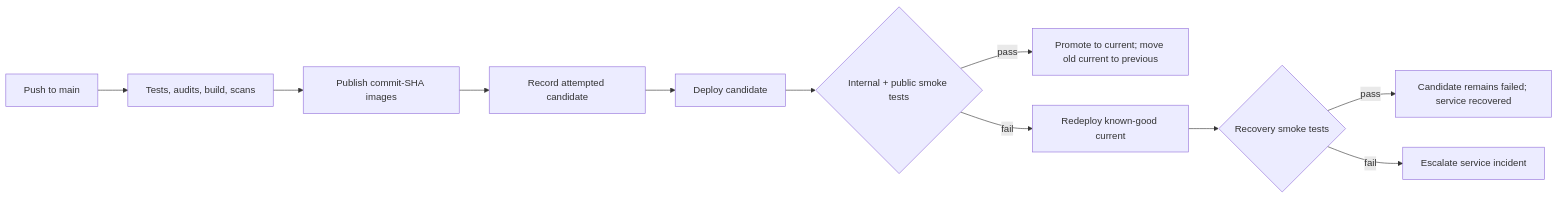
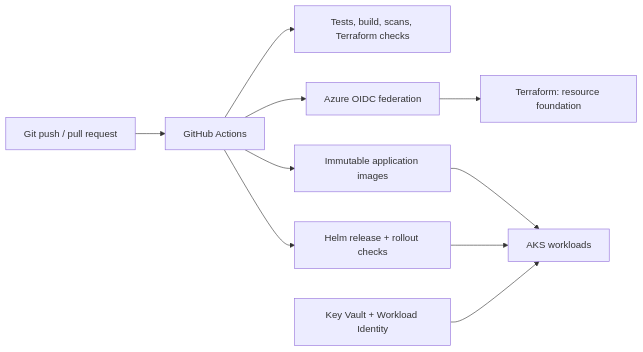
One commit to hzzcoding/SlowChrome-Showcase changed the second of 3 diagrams in docs/technical-case-study.md. Above: the diagram before and after it, drawn with Mermaid. The commit also changed other lines of this file and 4 other files, not shown here.

````diff
--- a/docs/technical-case-study.md
+++ b/docs/technical-case-study.md
@@ -142,13 +82,12 @@
 ```mermaid
 flowchart LR
-    push["Push to main"] --> gate["Tests, audits, build, scans"]
-    gate --> image["Publish commit-SHA images"]
-    image --> attempted["Record attempted candidate"]
-    attempted --> deploy["Deploy candidate"]
-    deploy --> smoke{"Internal + public smoke tests"}
-    smoke -->|pass| promote["Promote to current; move old current to previous"]
-    smoke -->|fail| restore["Redeploy known-good current"]
-    restore --> recovery{"Recovery smoke tests"}
-    recovery -->|pass| failed["Candidate remains failed; service recovered"]
-    recovery -->|fail| incident["Escalate service incident"]
+    dev["Git push / pull request"] --> gha["GitHub Actions"]
+    gha --> checks["Tests, build, scans, Terraform checks"]
+    gha --> oidc["Azure OIDC federation"]
+    oidc --> tf["Terraform: resource foundation"]
+    gha --> acr["Immutable application images"]
+    gha --> helm["Helm release + rollout checks"]
+    acr --> aks["AKS workloads"]
+    helm --> aks
+    kv["Key Vault + Workload Identity"] --> aks
 ```
````
